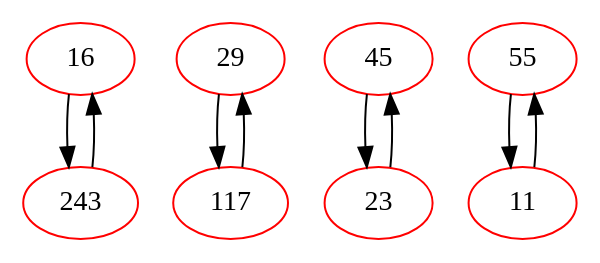
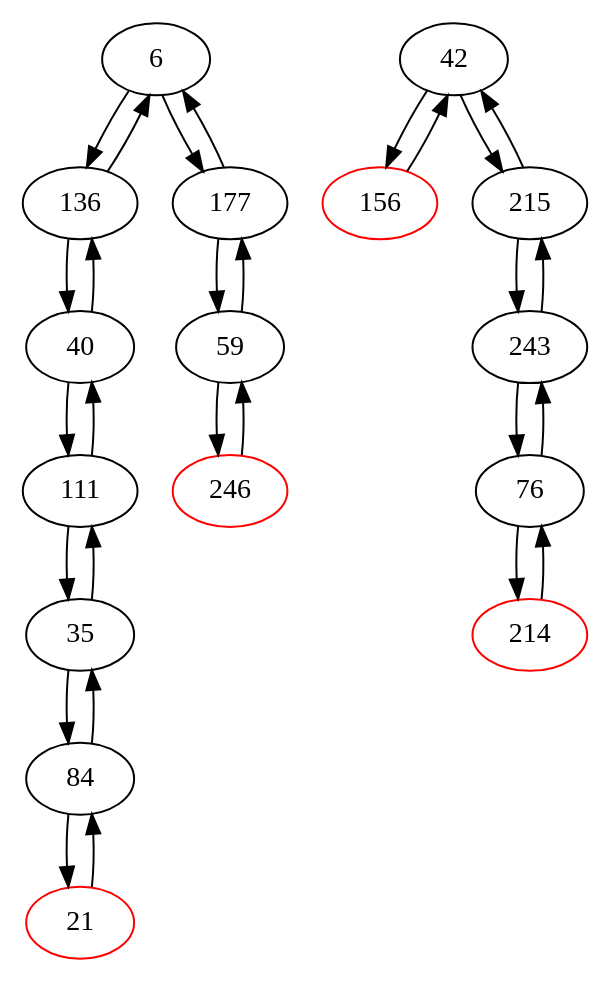
Before and after one commit to AuCson/Genome-Assembly-Implementation: the diagram in external/dbg2olc/CleanedBestOverlapGraph.dot, drawn with Graphviz. The commit also changed 262 other files, not shown here.

```diff
--- a/external/dbg2olc/CleanedBestOverlapGraph.dot
+++ b/external/dbg2olc/CleanedBestOverlapGraph.dot
@@ -1,18 +1,46 @@
 digraph G {
-16 -> 243;
-29 -> 117;
-45 -> 23;
-55 -> 11;
-11 -> 55;
-23 -> 45;
-117 -> 29;
-243 -> 16;
-11[color=red];
-16[color=red];
-23[color=red];
-29[color=red];
-45[color=red];
-55[color=red];
-117[color=red];
-243[color=red];
+6 -> 136;
+21 -> 84;
+35 -> 111;
+40 -> 111;
+42 -> 156;
+59 -> 246;
+76 -> 214;
+84 -> 21;
+111 -> 35;
+136 -> 6;
+177 -> 59;
+215 -> 42;
+243 -> 215;
+246 -> 59;
+6 -> 177;
+35 -> 84;
+40 -> 136;
+42 -> 215;
+59 -> 177;
+76 -> 243;
+84 -> 35;
+111 -> 40;
+136 -> 40;
+156 -> 42;
+177 -> 6;
+214 -> 76;
+215 -> 243;
+243 -> 76;
+6
+21[color=red];
+35
+40
+42
+59
+76
+84
+111
+136
+156[color=red];
+177
+214[color=red];
+215
+243
+246[color=red];
 }
```
